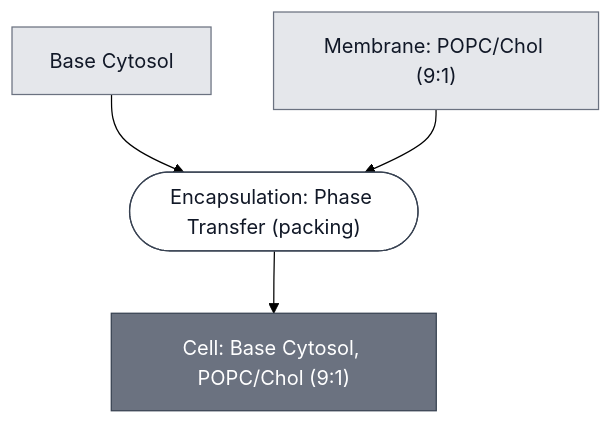
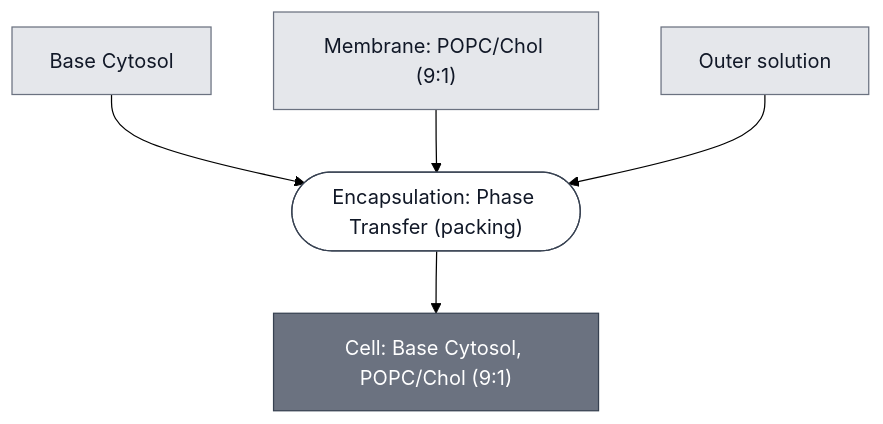
The diagram in docs/modules/cell-base-cytosol-popc-chol/spec.md (nucleus-eng/nucleus-docs), drawn with Mermaid (forest theme) before and after one commit. The commit also changed 41 other files, not shown here.

````diff
--- a/docs/modules/cell-base-cytosol-popc-chol/spec.md
+++ b/docs/modules/cell-base-cytosol-popc-chol/spec.md
@@ -29,25 +29,28 @@
 ```mermaid
 flowchart TD
+    OUTER_SOLUTION["Outer solution"]
     BASE_CYTOSOL["Base Cytosol"]
     MEMBRANE_POPC_CHOL_9_1["Membrane: POPC/Chol (9:1)"]
 
     P1_ENCAPSULATE_0(["Encapsulation: Phase Transfer (packing)"])
     CELL_BASE_CYTOSOL_POPC_CHOL["Cell: Base Cytosol, POPC/Chol (9:1)"]
 
     BASE_CYTOSOL --> P1_ENCAPSULATE_0
     MEMBRANE_POPC_CHOL_9_1 --> P1_ENCAPSULATE_0
+    OUTER_SOLUTION --> P1_ENCAPSULATE_0
     P1_ENCAPSULATE_0 --> CELL_BASE_CYTOSOL_POPC_CHOL
 
 
     classDef leaf     fill:#e5e7eb,stroke:#6b7280,color:#111827;
     classDef composed fill:#6b7280,stroke:#374151,color:#ffffff;
     classDef process  fill:#ffffff,stroke:#374151,color:#111827;
-    class BASE_CYTOSOL,MEMBRANE_POPC_CHOL_9_1 leaf;
+    class OUTER_SOLUTION,BASE_CYTOSOL,MEMBRANE_POPC_CHOL_9_1 leaf;
     class CELL_BASE_CYTOSOL_POPC_CHOL composed;
     class P1_ENCAPSULATE_0 process;
 
+    click OUTER_SOLUTION "/docs/modules/outer-solution/spec"
     click BASE_CYTOSOL "/docs/modules/base-cytosol/spec"
     click MEMBRANE_POPC_CHOL_9_1 "/docs/modules/membrane-popc-chol-9-1/spec"
     click P1_ENCAPSULATE_0 "/docs/processes/assemble-base-cell/main"
     click CELL_BASE_CYTOSOL_POPC_CHOL "/docs/modules/cell-base-cytosol-popc-chol/spec"
 ```
````
